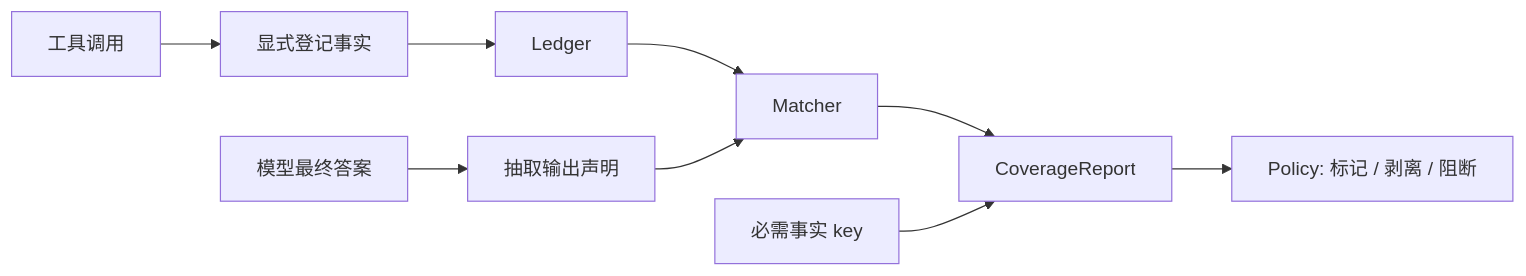
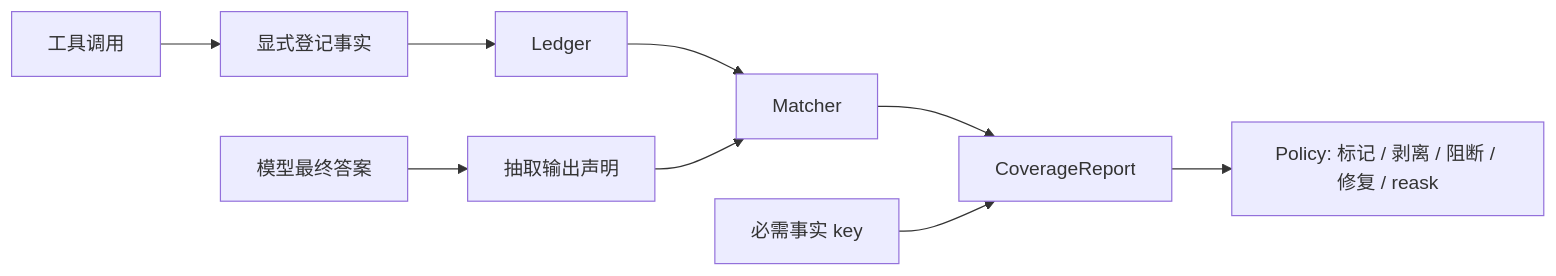
Before and after one commit to chasen2041maker/AgentOps-Lite: the diagram in README.zh-CN.md, drawn with Mermaid. The commit also changed other lines of this file and 25 other files, not shown here.

````diff
--- a/README.zh-CN.md
+++ b/README.zh-CN.md
@@ -168,11 +171,11 @@
 ```mermaid
 flowchart LR
     A["工具调用"] --> B["显式登记事实"]
     B --> C["Ledger"]
     D["模型最终答案"] --> E["抽取输出声明"]
     C --> F["Matcher"]
     E --> F
     F --> G["CoverageReport"]
     H["必需事实 key"] --> G
-    G --> I["Policy: 标记 / 剥离 / 阻断"]
+    G --> I["Policy: 标记 / 剥离 / 阻断 / 修复 / reask"]
 ```
````
